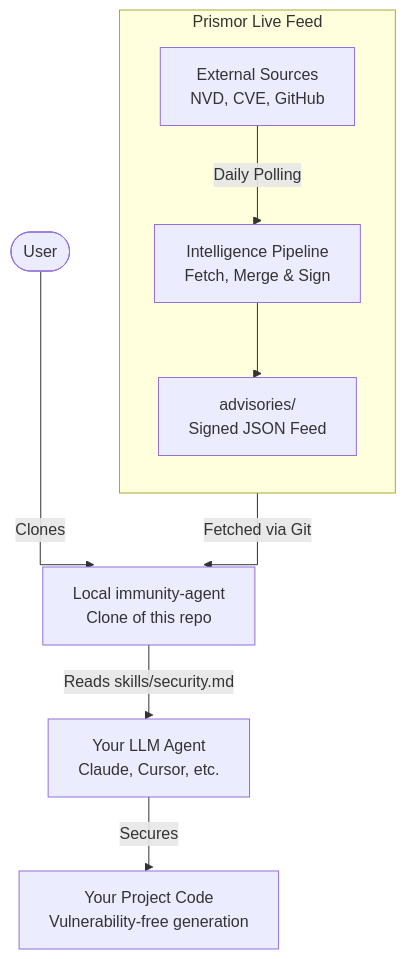
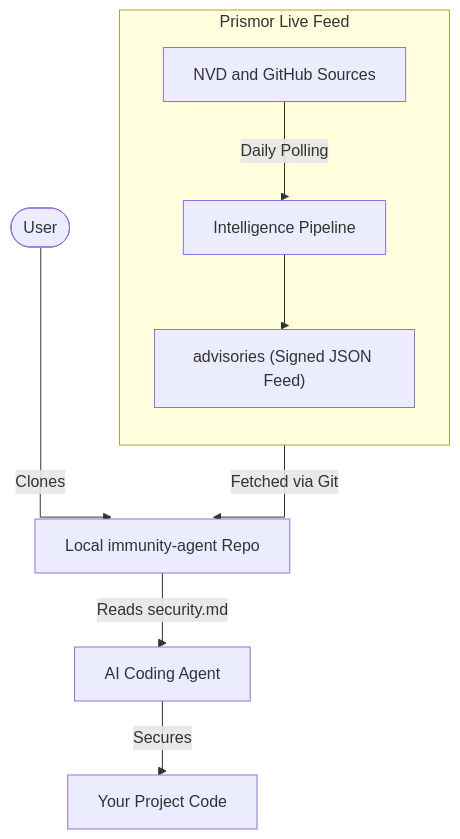
One commit to Priyansh10ff/immunity-agent changed the diagram in README.md. Above: the diagram before and after it, drawn with Mermaid.

Commit message:
Refine Mermaid diagram: remove literal breaks and add interactive links

````diff
--- a/README.md
+++ b/README.md
@@ -27,14 +27,19 @@
 ```mermaid
 %%{init: {"flowchart": {"curve": "stepBefore"}}}%%
 flowchart TD
-    subgraph PRISMOR [Prismor Live Feed]
+    subgraph PRISMOR ["Prismor Live Feed"]
         direction TB
-        SOURCES[External Sources\nNVD, CVE, GitHub] -->|Daily Polling| PIPE[Intelligence Pipeline\nFetch, Merge & Sign]
-        PIPE --> FEED[advisories/\nSigned JSON Feed]
+        SOURCES["NVD and GitHub Sources"] -->|Daily Polling| PIPE["Intelligence Pipeline"]
+        PIPE --> FEED["advisories (Signed JSON Feed)"]
     end
 
-    USER([User]) -->|Clones| REPO[Local immunity-agent\nClone of this repo]
+    USER([User]) -->|Clones| REPO["Local immunity-agent Repo"]
     FEED -->|Fetched via Git| REPO
-    REPO -->|Reads skills/security.md| AGENT[Your LLM Agent\nClaude, Cursor, etc.]
-    AGENT -->|Secures| CODE[Your Project Code\nVulnerability-free generation]
+    REPO -->|Reads security.md| AGENT["AI Coding Agent"]
+    AGENT -->|Secures| CODE["Your Project Code"]
+
+    click PIPE "/pipeline" "Intelligence Pipeline"
+    click FEED "/advisories" "Signed JSON Feed"
+    click REPO "/" "Repository Root"
+    click AGENT "/skills/security.md" "Master Security Skill"
 ```
````
